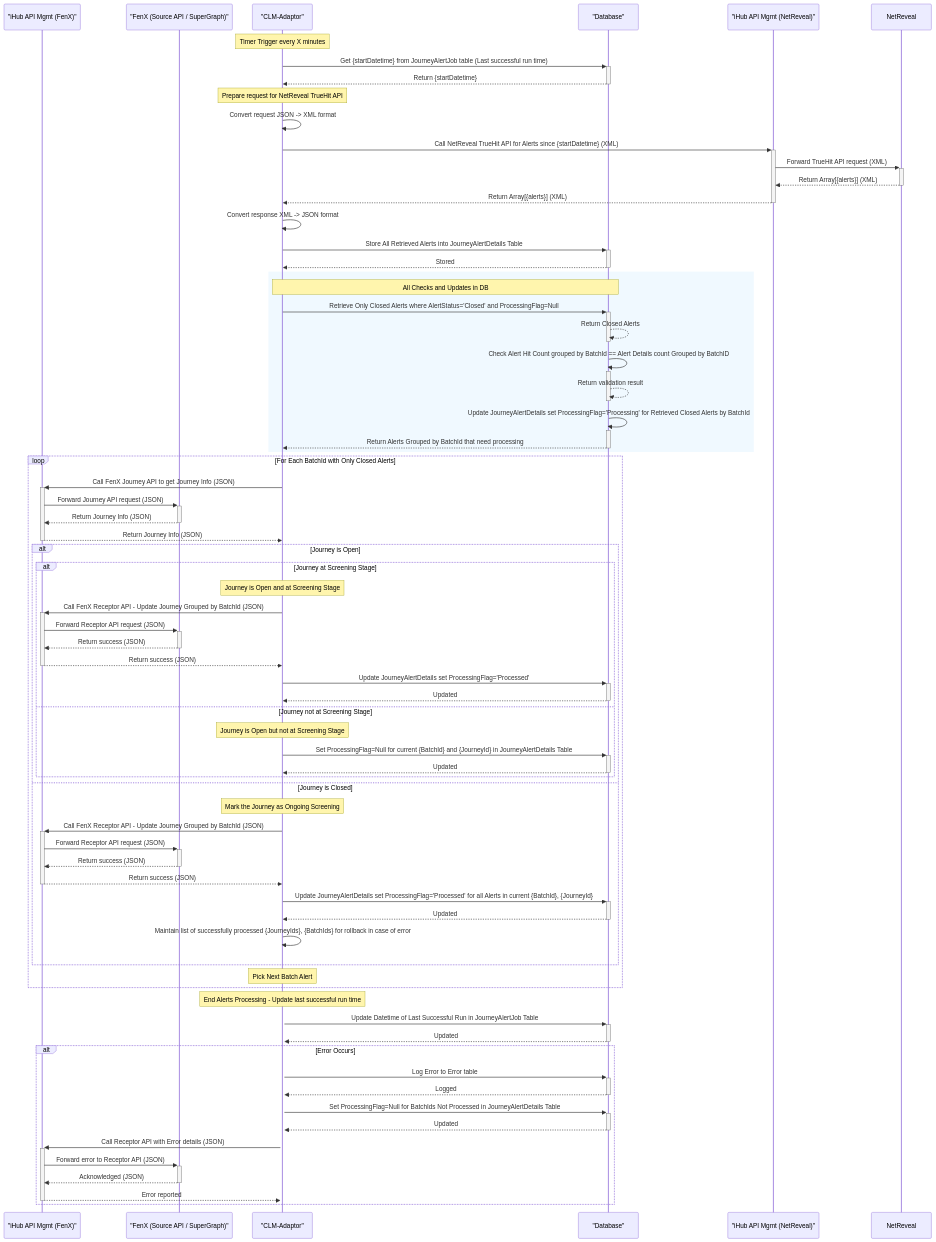
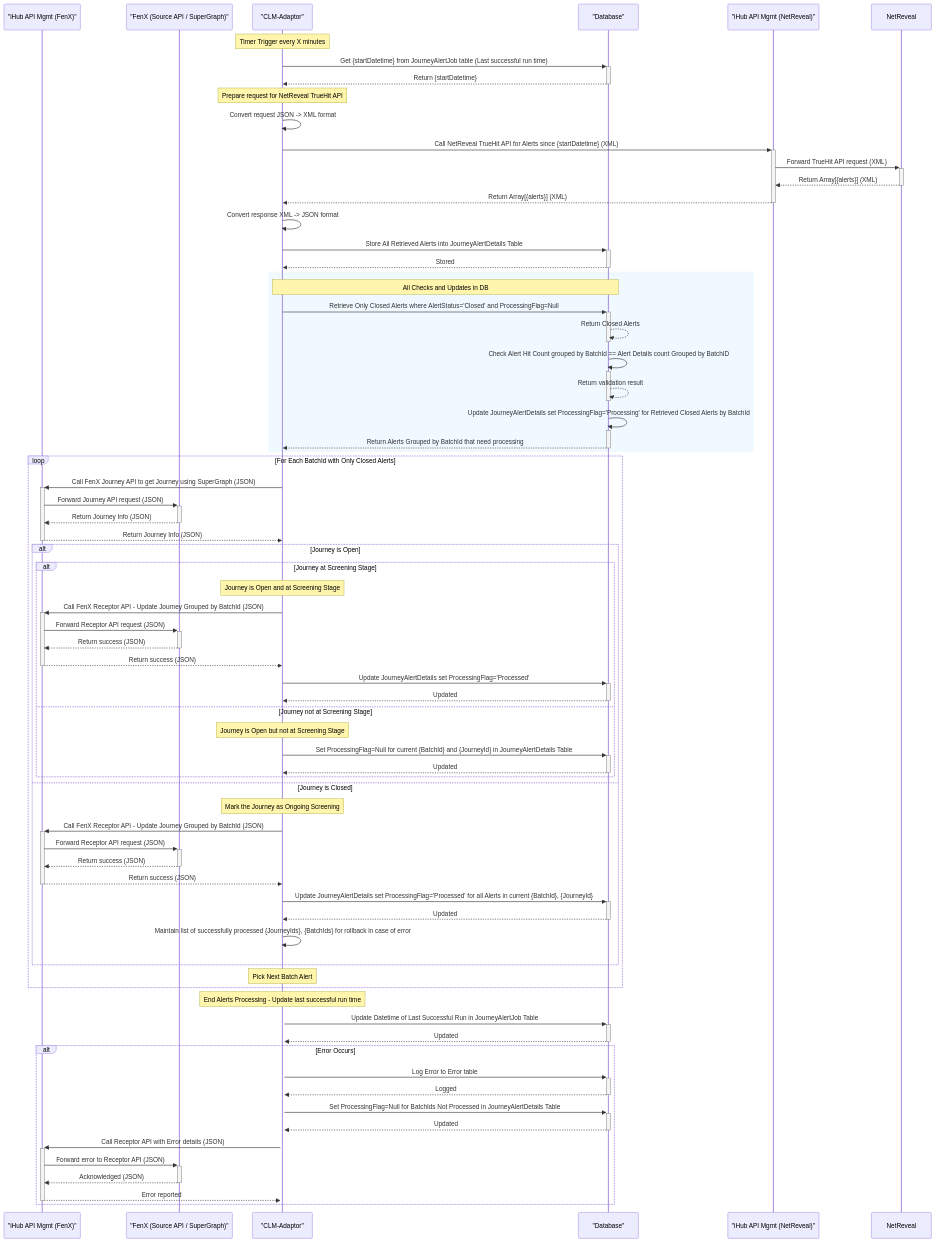
The diagram in Arch_Diagrams/v2/AlertsFlow-sequence.mmd (jojokoshy/Architecture_Diagrams_Python_AI), drawn with Mermaid before and after one commit. The commit also changed 1 other file, not shown here.

Commit message:
Update AlertsFlow diagrams: clarify Journey API calls by specifying SuperGraph usage

```diff
--- a/Arch_Diagrams/v2/AlertsFlow-sequence.mmd
+++ b/Arch_Diagrams/v2/AlertsFlow-sequence.mmd
@@ -1,111 +1,111 @@
 %%{init: {"theme":"default","themeVariables": {"fontSize":"12"}}}%%
 sequenceDiagram
   %% Participants left-to-right for readability
   participant iHubIn as "iHub API Mgmt (FenX)"
   participant FenX as "FenX (Source API / SuperGraph)"
   participant CLMAdaptor as "CLM-Adaptor"
   participant DB as "Database"
   participant iHubOut as "iHub API Mgmt (NetReveal)"
   participant NetReveal
 
   %% Timer Trigger
   Note over CLMAdaptor: Timer Trigger every X minutes
   
   %% Get last successful run time
   CLMAdaptor->>+DB: Get {startDatetime} from JourneyAlertJob table (Last successful run time)
   DB-->>-CLMAdaptor: Return {startDatetime}
   
   %% Call NetReveal TrueHit API
   Note over CLMAdaptor: Prepare request for NetReveal TrueHit API
   CLMAdaptor->>CLMAdaptor: Convert request JSON -> XML format
   CLMAdaptor->>+iHubOut: Call NetReveal TrueHit API for Alerts since {startDatetime} (XML)
   iHubOut->>+NetReveal: Forward TrueHit API request (XML)
   NetReveal-->>-iHubOut: Return Array[{alerts}] (XML)
   iHubOut-->>-CLMAdaptor: Return Array[{alerts}] (XML)
   CLMAdaptor->>CLMAdaptor: Convert response XML -> JSON format
   
   %% Store alerts in database
   CLMAdaptor->>+DB: Store All Retrieved Alerts into JourneyAlertDetails Table
   DB-->>-CLMAdaptor: Stored
   
   %% Database checks and updates (can be in a single Stored Procedure)
   rect rgb(240, 249, 255)
     Note over CLMAdaptor,DB: All Checks and Updates in DB
     CLMAdaptor->>+DB: Retrieve Only Closed Alerts where AlertStatus='Closed' and ProcessingFlag=Null
     DB-->>-DB: Return Closed Alerts
     
     DB->>+DB: Check Alert Hit Count grouped by BatchId == Alert Details count Grouped by BatchID
     DB-->>-DB: Return validation result
     
     DB->>+DB: Update JourneyAlertDetails set ProcessingFlag='Processing' for Retrieved Closed Alerts by BatchId
     DB-->>-CLMAdaptor: Return Alerts Grouped by BatchId that need processing
   end
   
   %% Loop through closed alerts grouped by BatchId
   loop For Each BatchId with Only Closed Alerts
     
     %% Query FenX for Journey Info
-    CLMAdaptor->>+iHubIn: Call FenX Journey API to get Journey Info (JSON)
+    CLMAdaptor->>+iHubIn: Call FenX Journey API to get Journey using SuperGraph (JSON)
     iHubIn->>+FenX: Forward Journey API request (JSON)
     FenX-->>-iHubIn: Return Journey Info (JSON)
     iHubIn-->>-CLMAdaptor: Return Journey Info (JSON)
     
     %% Decision: Journey Open?
     alt Journey is Open
       
       alt Journey at Screening Stage
         Note over CLMAdaptor: Journey is Open and at Screening Stage
         
         %% Update Journey via Receptor API
         CLMAdaptor->>+iHubIn: Call FenX Receptor API - Update Journey Grouped by BatchId (JSON)
         iHubIn->>+FenX: Forward Receptor API request (JSON)
         FenX-->>-iHubIn: Return success (JSON)
         iHubIn-->>-CLMAdaptor: Return success (JSON)
         
         %% Update processing flag
         CLMAdaptor->>+DB: Update JourneyAlertDetails set ProcessingFlag='Processed'
         DB-->>-CLMAdaptor: Updated
         
       else Journey not at Screening Stage
         Note over CLMAdaptor: Journey is Open but not at Screening Stage
         CLMAdaptor->>+DB: Set ProcessingFlag=Null for current {BatchId} and {JourneyId} in JourneyAlertDetails Table
         DB-->>-CLMAdaptor: Updated
       end
       
     else Journey is Closed
       Note over CLMAdaptor: Mark the Journey as Ongoing Screening
       
       %% Update Journey via Receptor API
       CLMAdaptor->>+iHubIn: Call FenX Receptor API - Update Journey Grouped by BatchId (JSON)
       iHubIn->>+FenX: Forward Receptor API request (JSON)
       FenX-->>-iHubIn: Return success (JSON)
       iHubIn-->>-CLMAdaptor: Return success (JSON)
       
       %% Update processing flag
       CLMAdaptor->>+DB: Update JourneyAlertDetails set ProcessingFlag='Processed' for all Alerts in current {BatchId}, {JourneyId}
       DB-->>-CLMAdaptor: Updated
       CLMAdaptor->>+CLMAdaptor: Maintain list of successfully processed {JourneyIds}, {BatchIds} for rollback in case of error
       
     end
     
     Note over CLMAdaptor: Pick Next Batch Alert
     
   end
   
   Note over CLMAdaptor: End Alerts Processing - Update last successful run time
   CLMAdaptor->>+DB: Update Datetime of Last Successful Run in JourneyAlertJob Table
   DB-->>-CLMAdaptor: Updated
 
   %% Error handling
   alt Error Occurs
     CLMAdaptor->>+DB: Log Error to Error table
     DB-->>-CLMAdaptor: Logged
     
     CLMAdaptor->>+DB: Set ProcessingFlag=Null for BatchIds Not Processed in JourneyAlertDetails Table
     DB-->>-CLMAdaptor: Updated
     
     CLMAdaptor->>+iHubIn: Call Receptor API with Error details (JSON)
     iHubIn->>+FenX: Forward error to Receptor API (JSON)
     FenX-->>-iHubIn: Acknowledged (JSON)
     iHubIn-->>-CLMAdaptor: Error reported
   end
```
